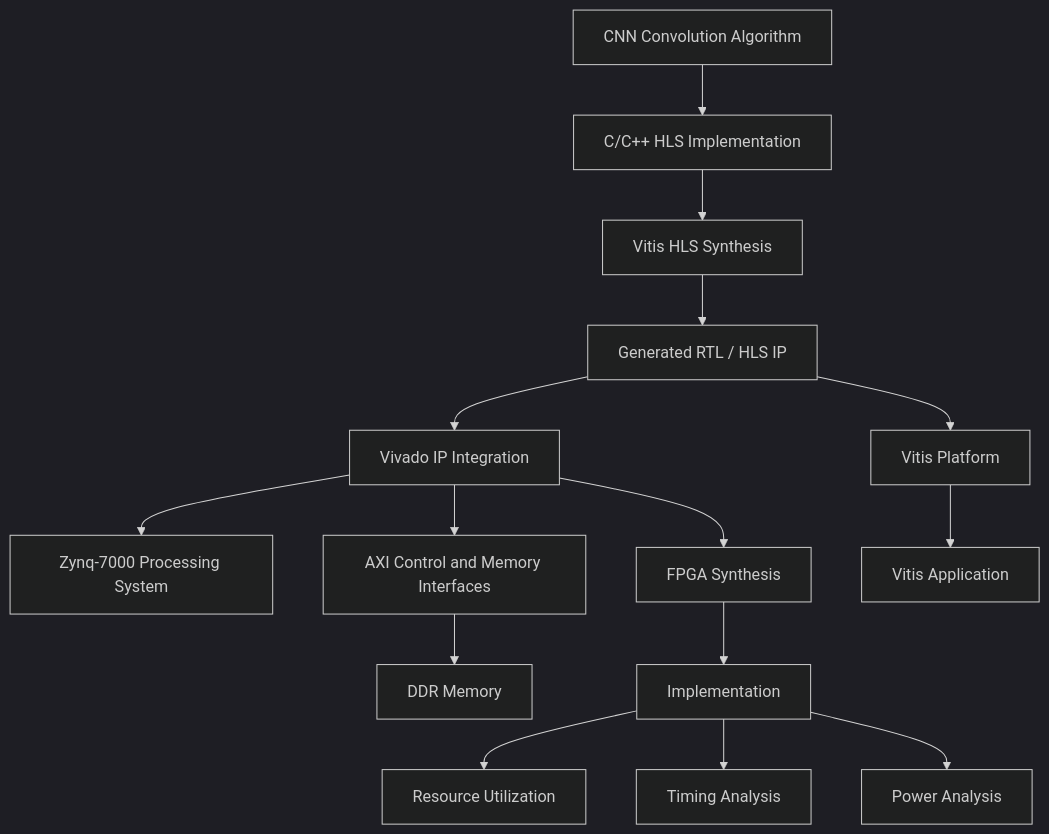
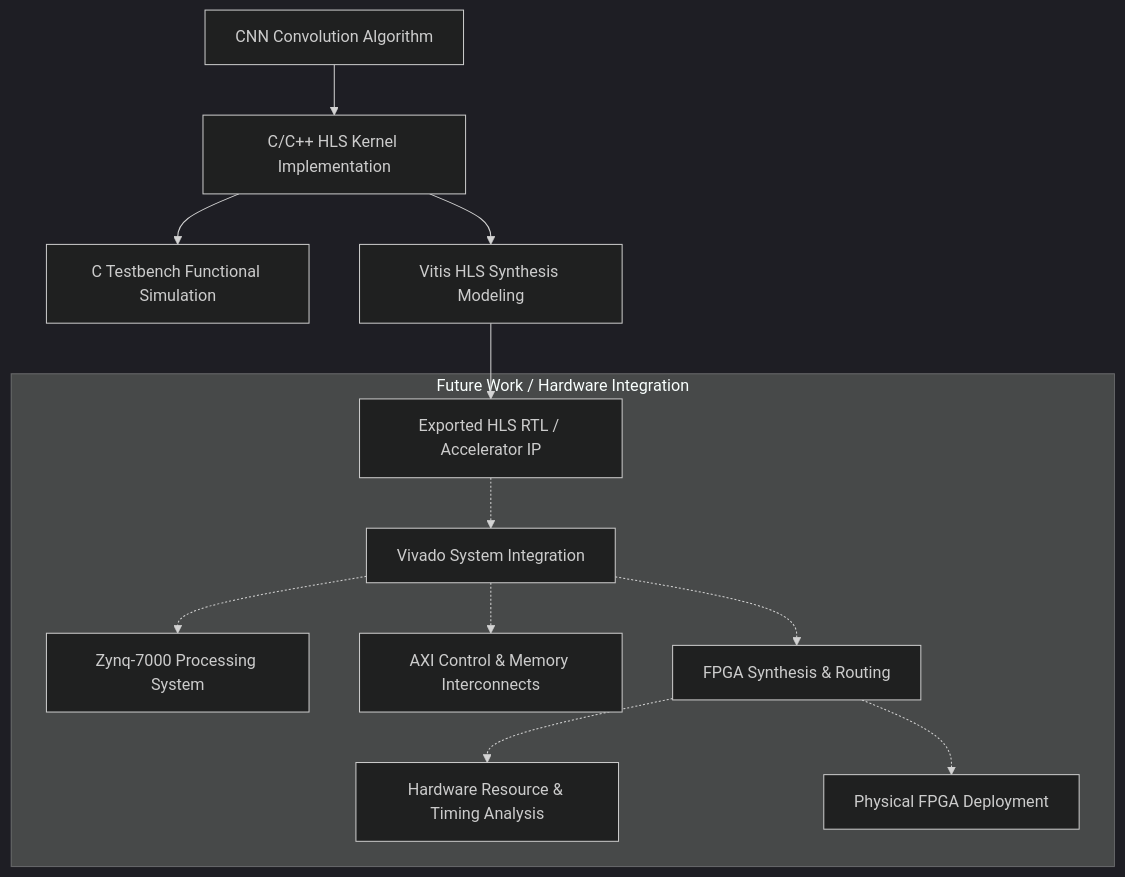
Before and after one commit to Chinmayanand03/CNN-ACCELERTAOR: the diagram in README.md, drawn with Mermaid (dark theme). The commit also changed other lines of this file, not shown here.

Commit message:
Update README.md to reflect software design, C simulation, and HLS IP modeling scope

````diff
--- a/README.md
+++ b/README.md
@@ -89,17 +78,16 @@
 ```mermaid
 flowchart TD
-    A[CNN Convolution Algorithm] --> B[C/C++ HLS Implementation]
-    B --> C[Vitis HLS Synthesis]
-    C --> D[Generated RTL / HLS IP]
-    D --> E[Vivado IP Integration]
-    E --> F[Zynq-7000 Processing System]
-    E --> G[AXI Control and Memory Interfaces]
-    G --> H[DDR Memory]
-    E --> I[FPGA Synthesis]
-    I --> J[Implementation]
-    J --> K[Resource Utilization]
-    J --> L[Timing Analysis]
-    J --> M[Power Analysis]
-    D --> N[Vitis Platform]
-    N --> O[Vitis Application]
+    A[CNN Convolution Algorithm] --> B[C/C++ HLS Kernel Implementation]
+    B --> C[C Testbench Functional Simulation]
+    B --> D[Vitis HLS Synthesis Modeling]
+    D --> E[Exported HLS RTL / Accelerator IP]
+    
+    subgraph Future Work / Hardware Integration
+        E -.-> F[Vivado System Integration]
+        F -.-> G[Zynq-7000 Processing System]
+        F -.-> H[AXI Control & Memory Interconnects]
+        F -.-> I[FPGA Synthesis & Routing]
+        I -.-> J[Hardware Resource & Timing Analysis]
+        I -.-> K[Physical FPGA Deployment]
+    end
 ```
````
